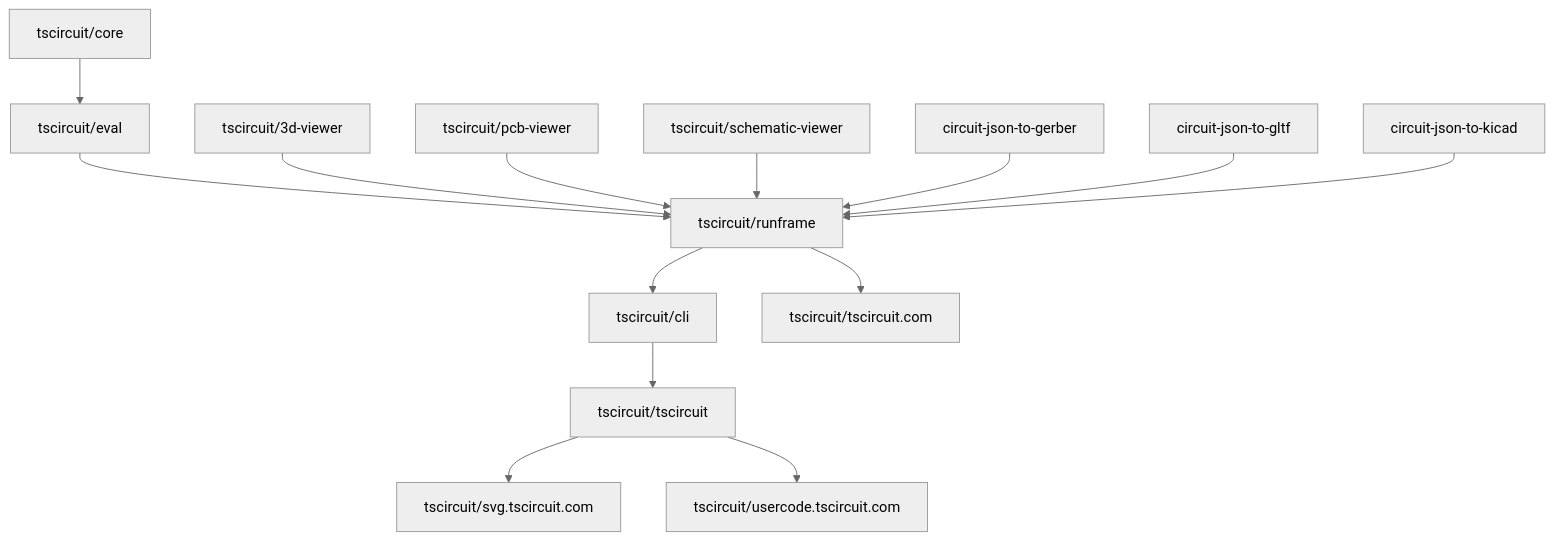
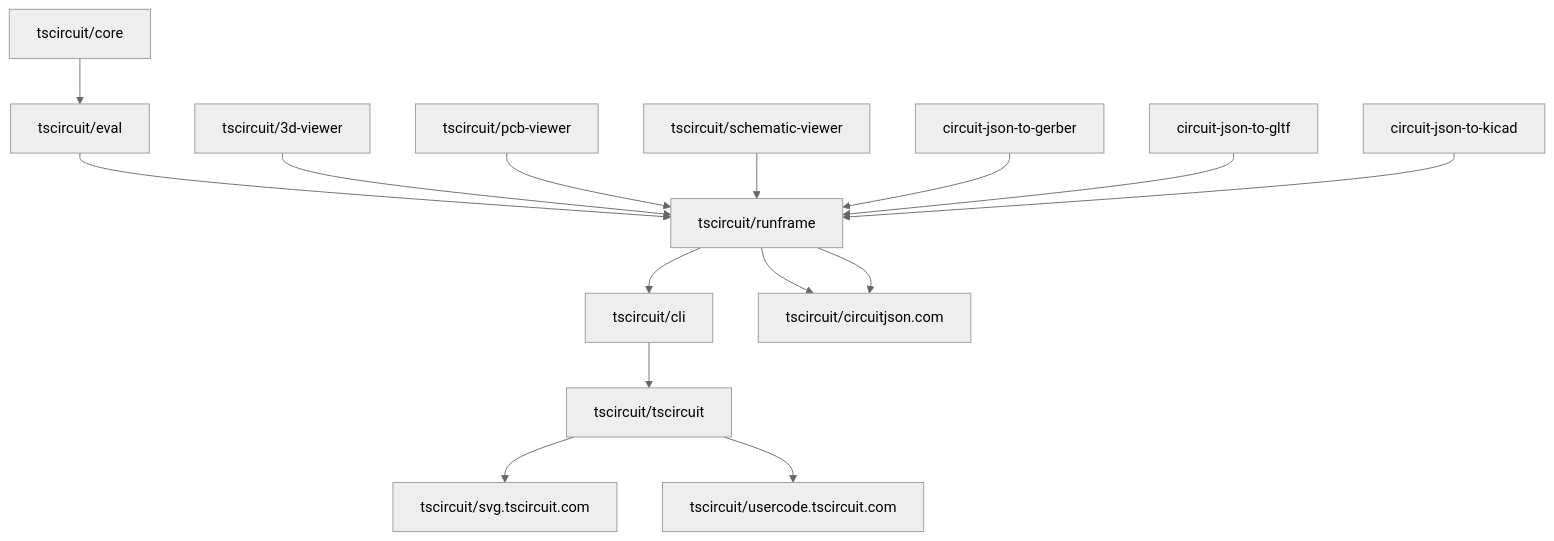
Before and after one commit to tscircuit/docs: the diagram in docs/contributing/package-dependencies-and-auto-updates.mdx, drawn with Mermaid (neutral theme).

Commit message:
Add runframe command for circuitjson.com
Added a new runframe command to link to circuitjson.com.

````diff
--- a/docs/contributing/package-dependencies-and-auto-updates.mdx
+++ b/docs/contributing/package-dependencies-and-auto-updates.mdx
@@ -14,40 +14,43 @@
 ```mermaid
 flowchart TD
 
     %% Core to Eval
     core[tscircuit/core] --> eval[tscircuit/eval]
 
     %% Eval to Runframe
     eval --> runframe[tscircuit/runframe]
 
     %% 3D Viewer to Runframe
     viewer3d[tscircuit/3d-viewer] --> runframe
 
     %% PCB Viewer to Runframe
     pcbviewer[tscircuit/pcb-viewer] --> runframe
 
     %% Schematic Viewer to Runframe
     schemaviewer[tscircuit/schematic-viewer] --> runframe
 
     %% Circuit JSON to Gerber to Runframe
     circuitjsontogerber[circuit-json-to-gerber] --> runframe
 
     %% Circuit JSON to GLTF to Runframe
     circuitjsontogltf[circuit-json-to-gltf] --> runframe
 
     %% Circuit JSON to KiCad to Runframe
     circuitjsontokicad[circuit-json-to-kicad] --> runframe
 
     %% Runframe to CLI
     runframe --> cli[tscircuit/cli]
 
     %% Runframe to tscircuit.com
     runframe --> tscircuitcom[tscircuit/tscircuit.com]
+
+    %% Runframe to circuitjson.com
+    runframe --> tscircuitcom[tscircuit/circuitjson.com]
     
     %% CLI to Tscircuit
     cli --> tscircuit[tscircuit/tscircuit]
 
     %% Tscircuit to web services
     tscircuit --> svg[tscircuit/svg.tscircuit.com]
     tscircuit --> usercode[tscircuit/usercode.tscircuit.com]
 ```
````
